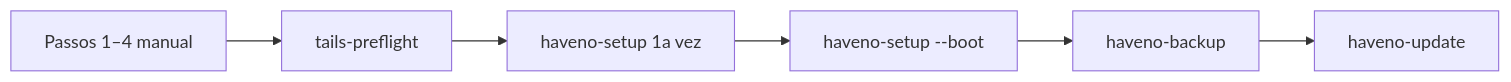
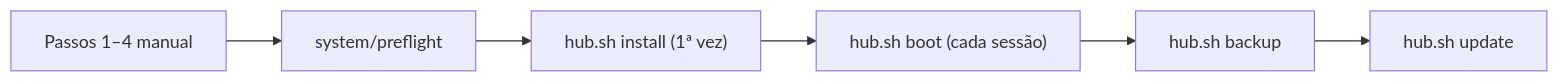
The diagram in automacao/tails/README.md (VIPs-com/Privacy-OS-Hub), drawn with Mermaid before and after one commit. The commit also changed other lines of this file and 7 other files, not shown here.

````diff
--- a/automacao/tails/README.md
+++ b/automacao/tails/README.md
@@ -95,8 +90,8 @@
 ```mermaid
 flowchart LR
-  M["Passos 1–4 manual"] --> P["tails-preflight"]
-  P --> S["haveno-setup 1a vez"]
-  S --> B["haveno-setup --boot"]
-  B --> BK["haveno-backup"]
-  BK --> U["haveno-update"]
+  M["Passos 1–4 manual"] --> P["system/preflight"]
+  P --> S["hub.sh install  (1ª vez)"]
+  S --> B["hub.sh boot  (cada sessão)"]
+  B --> BK["hub.sh backup"]
+  BK --> U["hub.sh update"]
 ```
````
